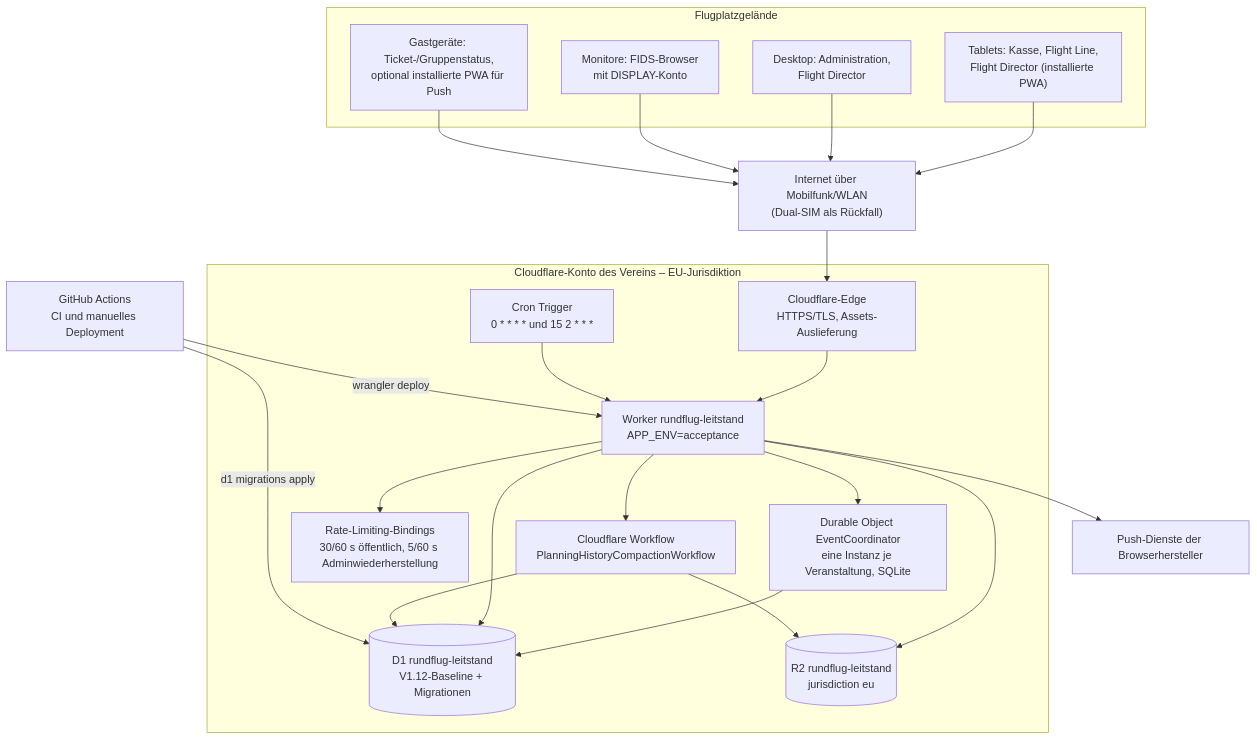
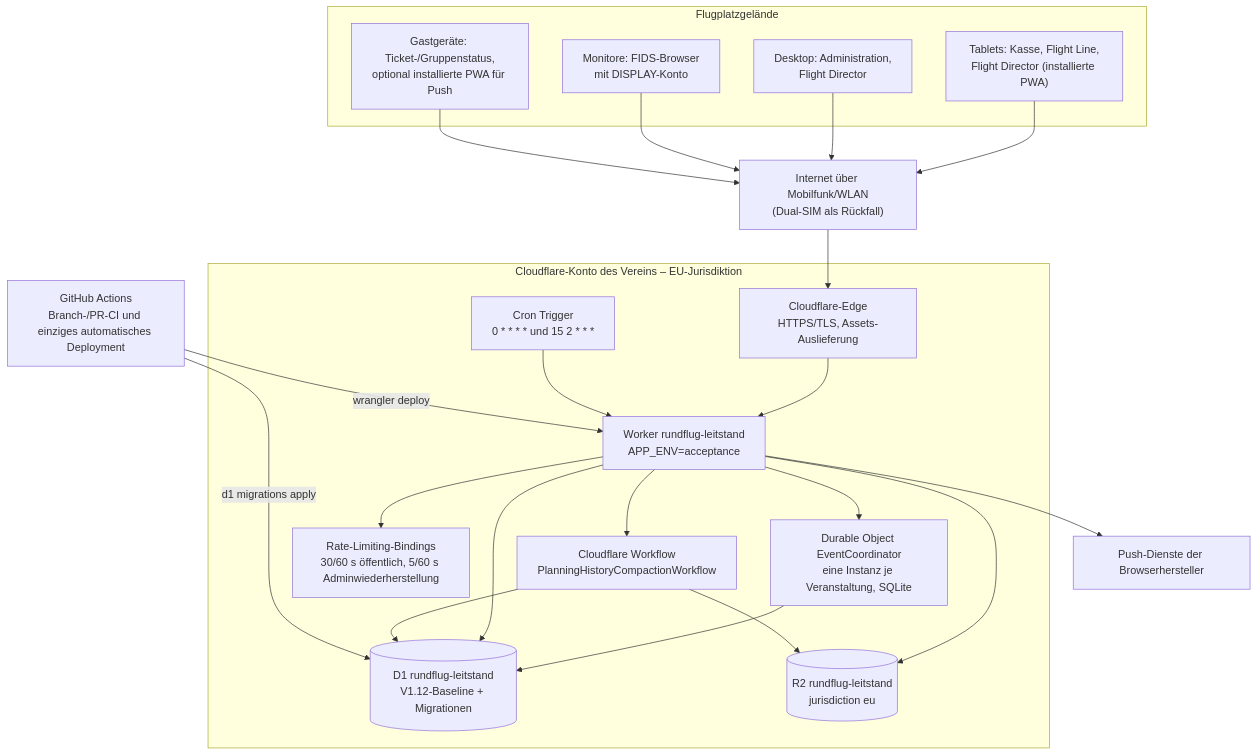
Before and after one commit to aguther/rundflug-leitstand: the first of 2 diagrams in docs/architecture/arc42/07-verteilungssicht.md, drawn with Mermaid. The commit also changed other lines of this file and 42 other files, not shown here.

First line of the commit message:
ci: harden branch checks and Cloudflare deployment

````diff
--- a/docs/architecture/arc42/07-verteilungssicht.md
+++ b/docs/architecture/arc42/07-verteilungssicht.md
@@ -5,37 +5,37 @@
 ```mermaid
 flowchart TB
     subgraph Gelaende["Flugplatzgelände"]
         TAB["Tablets: Kasse, Flight Line,<br/>Flight Director (installierte PWA)"]
         DESK["Desktop: Administration,<br/>Flight Director"]
         MON["Monitore: FIDS-Browser<br/>mit DISPLAY-Konto"]
         GAST["Gastgeräte: Ticket-/Gruppenstatus,<br/>optional installierte PWA für Push"]
     end
 
     NET["Internet über Mobilfunk/WLAN<br/>(Dual-SIM als Rückfall)"]
 
     subgraph CF["Cloudflare-Konto des Vereins – EU-Jurisdiktion"]
         EDGE["Cloudflare-Edge<br/>HTTPS/TLS, Assets-Auslieferung"]
         WK["Worker rundflug-leitstand<br/>APP_ENV=acceptance"]
         DOI["Durable Object EventCoordinator<br/>eine Instanz je Veranstaltung, SQLite"]
         D1[("D1 rundflug-leitstand<br/>V1.12-Baseline + Migrationen")]
         R2[("R2 rundflug-leitstand<br/>jurisdiction eu")]
         RL["Rate-Limiting-Bindings<br/>30/60 s öffentlich, 5/60 s Adminwiederherstellung"]
         CRON["Cron Trigger<br/>0 * * * * und 15 2 * * *"]
         WF["Cloudflare Workflow<br/>PlanningHistoryCompactionWorkflow"]
     end
 
-    GH["GitHub Actions<br/>CI und manuelles Deployment"]
+    GH["GitHub Actions<br/>Branch-/PR-CI und einziges automatisches Deployment"]
     PUSH["Push-Dienste der Browserhersteller"]
 
     TAB & DESK & MON & GAST --> NET --> EDGE --> WK
     WK --> DOI --> D1
     WK --> D1
     WK --> R2
     WK --> RL
     CRON --> WK
     WK --> WF --> D1
     WF --> R2
     WK --> PUSH
     GH -->|"wrangler deploy"| WK
     GH -->|"d1 migrations apply"| D1
 ```
````
